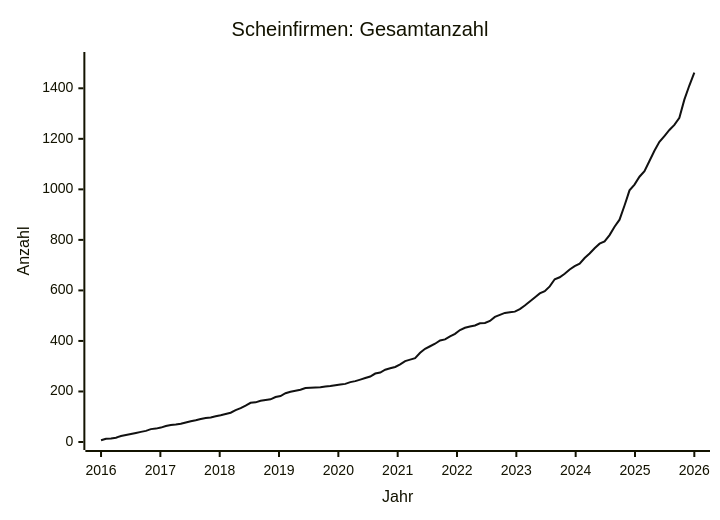
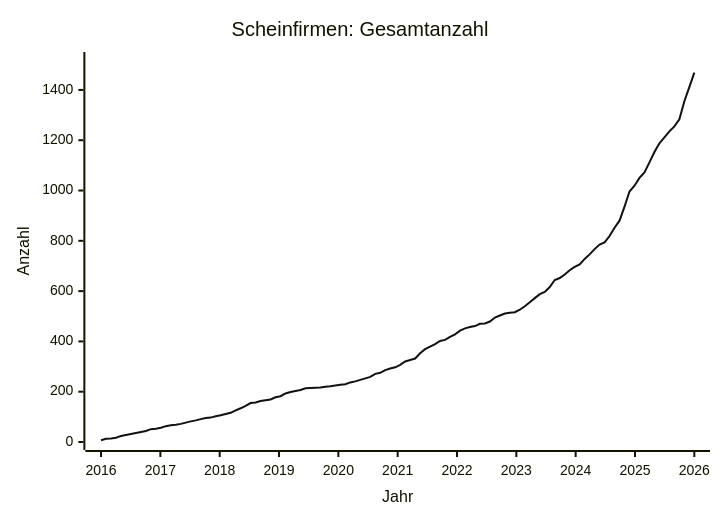
Before and after one commit to arjoma/scheinfirmen-at: the diagram in data/STATS.md, drawn with Mermaid. The commit also changed other lines of this file and 3 other files, not shown here.

````diff
--- a/data/STATS.md
+++ b/data/STATS.md
@@ -9,13 +9,13 @@
 ```mermaid
 ---
 config:
   themeVariables:
     xyChart:
       plotColorPalette: "#111111"
 ---
 xychart-beta
     title "Scheinfirmen: Gesamtanzahl"
     x-axis "Jahr" 2016 --> 2026
-    y-axis "Anzahl" 0 --> 1512
-    line [7, 13, 14, 17, 24, 28, 32, 36, 40, 44, 51, 53, 57, 63, 67, 69, 72, 77, 82, 86, 91, 95, 97, 102, 106, 111, 116, 126, 134, 144, 155, 157, 163, 166, 169, 178, 182, 193, 199, 203, 207, 214, 215, 216, 217, 220, 222, 225, 228, 230, 237, 241, 247, 253, 259, 271, 275, 286, 292, 297, 307, 320, 326, 332, 353, 369, 379, 389, 402, 406, 418, 428, 443, 452, 457, 461, 470, 471, 479, 495, 503, 511, 514, 516, 526, 540, 556, 572, 588, 597, 616, 644, 652, 666, 683, 696, 706, 728, 746, 767, 785, 794, 819, 852, 880, 936, 996, 1019, 1050, 1072, 1112, 1153, 1188, 1211, 1235, 1255, 1283, 1355, 1411, 1462]
+    y-axis "Anzahl" 0 --> 1519
+    line [7, 13, 14, 17, 24, 28, 32, 36, 40, 44, 51, 53, 57, 63, 67, 69, 72, 77, 82, 86, 91, 95, 97, 102, 106, 111, 116, 126, 134, 144, 155, 157, 163, 166, 169, 178, 182, 193, 199, 203, 207, 214, 215, 216, 217, 220, 222, 225, 228, 230, 237, 241, 247, 253, 259, 271, 275, 286, 292, 297, 307, 320, 326, 332, 353, 369, 379, 389, 402, 406, 418, 428, 443, 452, 457, 461, 470, 471, 479, 495, 503, 511, 514, 516, 526, 540, 556, 572, 588, 597, 616, 644, 652, 666, 683, 696, 706, 728, 746, 767, 785, 794, 819, 852, 880, 936, 996, 1019, 1050, 1072, 1112, 1153, 1188, 1211, 1235, 1255, 1283, 1355, 1411, 1469]
 ```
````
